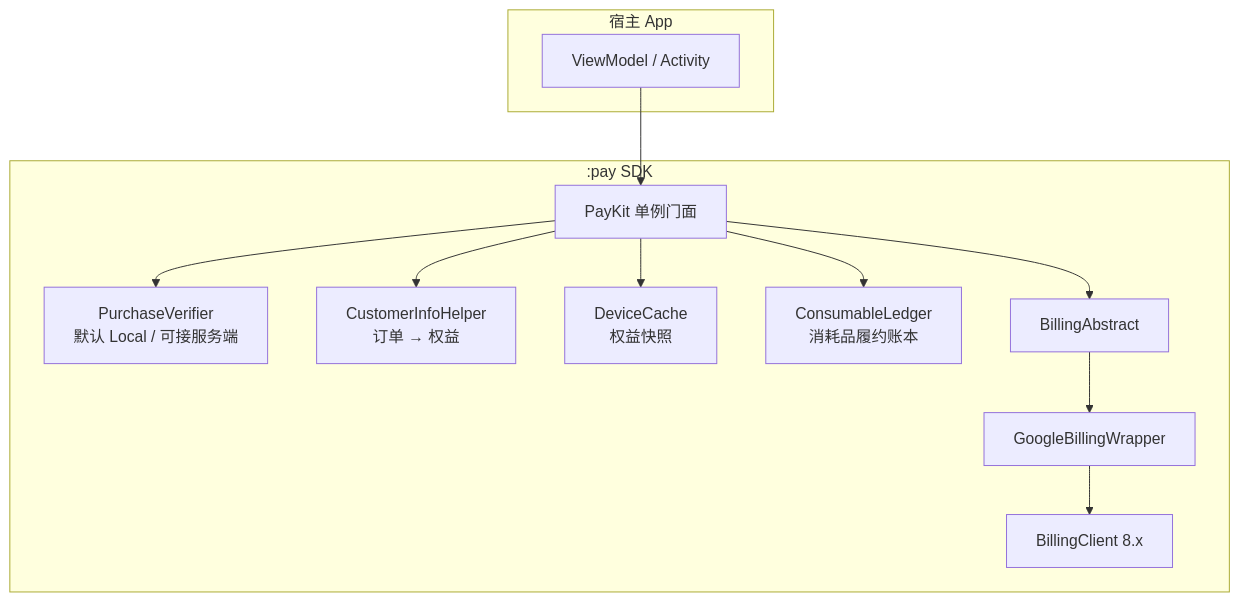
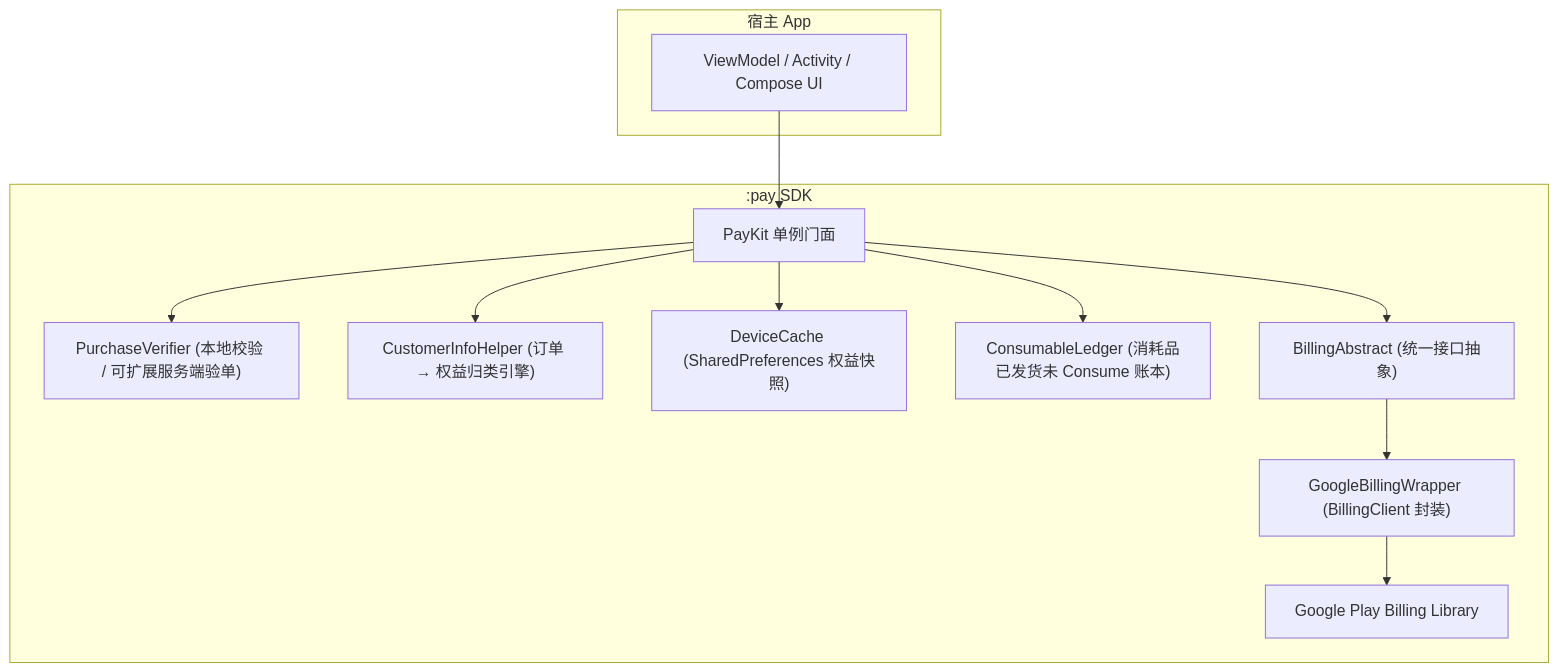
One commit to e-hai/PayKit-Android changed the first of 2 diagrams in README.md. Above: the diagram before and after it, drawn with Mermaid. The commit also changed other lines of this file and 4 other files, not shown here.

````diff
--- a/README.md
+++ b/README.md
@@ -23,26 +31,26 @@
 ```mermaid
 flowchart TB
     subgraph Host["宿主 App"]
-        VM["ViewModel / Activity"]
+        VM["ViewModel / Activity / Compose UI"]
     end
 
     subgraph SDK[":pay SDK"]
         PK["PayKit 单例门面"]
-        PV["PurchaseVerifier<br/>默认 Local / 可接服务端"]
-        CIH["CustomerInfoHelper<br/>订单 → 权益"]
-        DC["DeviceCache<br/>权益快照"]
-        CL["ConsumableLedger<br/>消耗品履约账本"]
-        BA["BillingAbstract"]
-        GB["GoogleBillingWrapper"]
-        BC["BillingClient 8.x"]
+        PV["PurchaseVerifier (本地校验 / 可扩展服务端验单)"]
+        CIH["CustomerInfoHelper (订单 → 权益归类引擎)"]
+        DC["DeviceCache (SharedPreferences 权益快照)"]
+        CL["ConsumableLedger (消耗品已发货未 Consume 账本)"]
+        BA["BillingAbstract (统一接口抽象)"]
+        GB["GoogleBillingWrapper (BillingClient 封装)"]
+        BC["Google Play Billing Library"]
     end
 
     VM --> PK
     PK --> PV
     PK --> CIH
     PK --> DC
     PK --> CL
     PK --> BA
     BA --> GB
     GB --> BC
 ```
````
